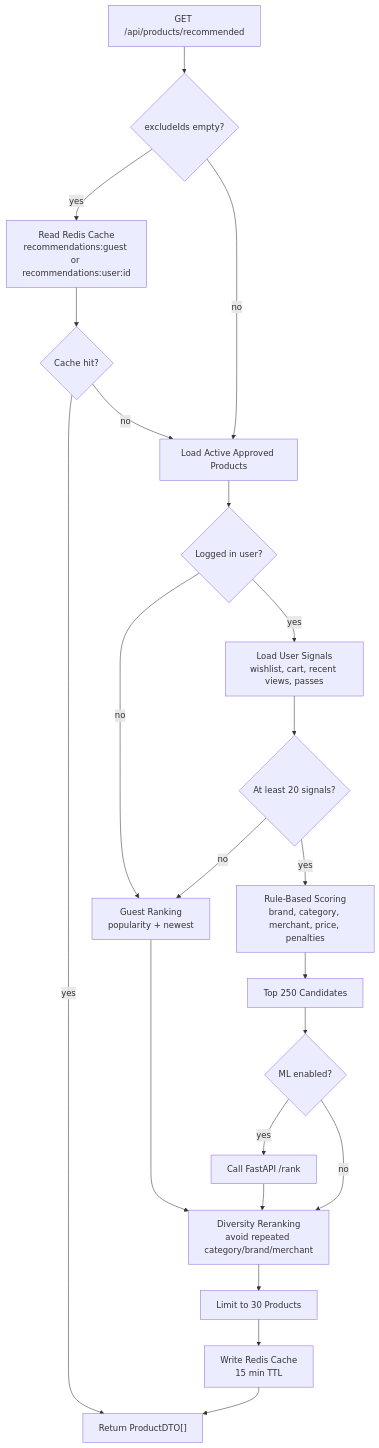
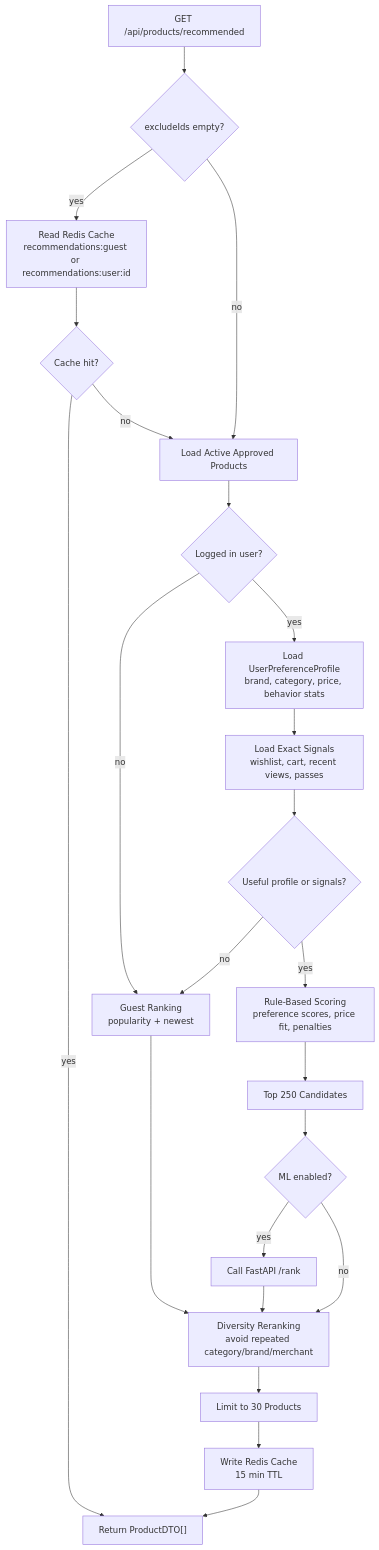
The seventh of 11 diagrams in docs/hld-lld-diagrams.md (BINIT-Nayak/Sneaky), drawn with Mermaid before and after one commit. The commit also changed other lines of this file and 2 other files, not shown here.

````diff
--- a/docs/hld-lld-diagrams.md
+++ b/docs/hld-lld-diagrams.md
@@ -127,42 +223,44 @@
 ```mermaid
 flowchart TD
     start[GET /api/products/recommended]
     cacheCheck{excludeIds empty?}
     redisCache[Read Redis Cache<br/>recommendations:guest or recommendations:user:id]
     cacheHit{Cache hit?}
     activeProducts[Load Active Approved Products]
     userCheck{Logged in user?}
     guestRank[Guest Ranking<br/>popularity + newest]
-    signals[Load User Signals<br/>wishlist, cart, recent views, passes]
-    enoughSignals{At least 20 signals?}
-    score[Rule-Based Scoring<br/>brand, category, merchant, price, penalties]
+    profile[Load UserPreferenceProfile<br/>brand, category, price, behavior stats]
+    signals[Load Exact Signals<br/>wishlist, cart, recent views, passes]
+    hasProfile{Useful profile or signals?}
+    score[Rule-Based Scoring<br/>preference scores, price fit, penalties]
     candidates[Top 250 Candidates]
     mlEnabled{ML enabled?}
     mlRank[Call FastAPI /rank]
     diversify[Diversity Reranking<br/>avoid repeated category/brand/merchant]
     limit[Limit to 30 Products]
     cacheWrite[Write Redis Cache<br/>15 min TTL]
     response["Return ProductDTO[]"]
 
     start --> cacheCheck
     cacheCheck -->|yes| redisCache
     cacheCheck -->|no| activeProducts
     redisCache --> cacheHit
     cacheHit -->|yes| response
     cacheHit -->|no| activeProducts
     activeProducts --> userCheck
     userCheck -->|no| guestRank
-    userCheck -->|yes| signals
-    signals --> enoughSignals
-    enoughSignals -->|no| guestRank
-    enoughSignals -->|yes| score
+    userCheck -->|yes| profile
+    profile --> signals
+    signals --> hasProfile
+    hasProfile -->|no| guestRank
+    hasProfile -->|yes| score
     score --> candidates
     candidates --> mlEnabled
     mlEnabled -->|yes| mlRank
     mlEnabled -->|no| diversify
     mlRank --> diversify
     guestRank --> diversify
     diversify --> limit
     limit --> cacheWrite
     cacheWrite --> response
 ```
````
